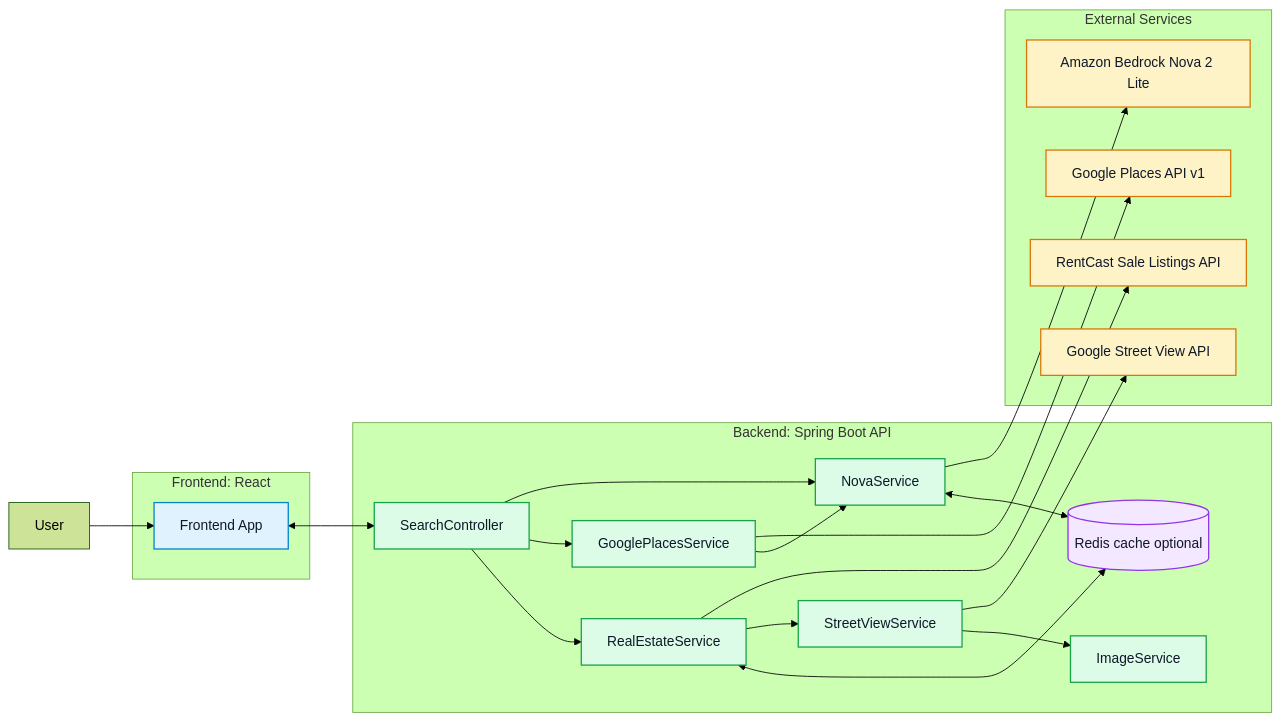
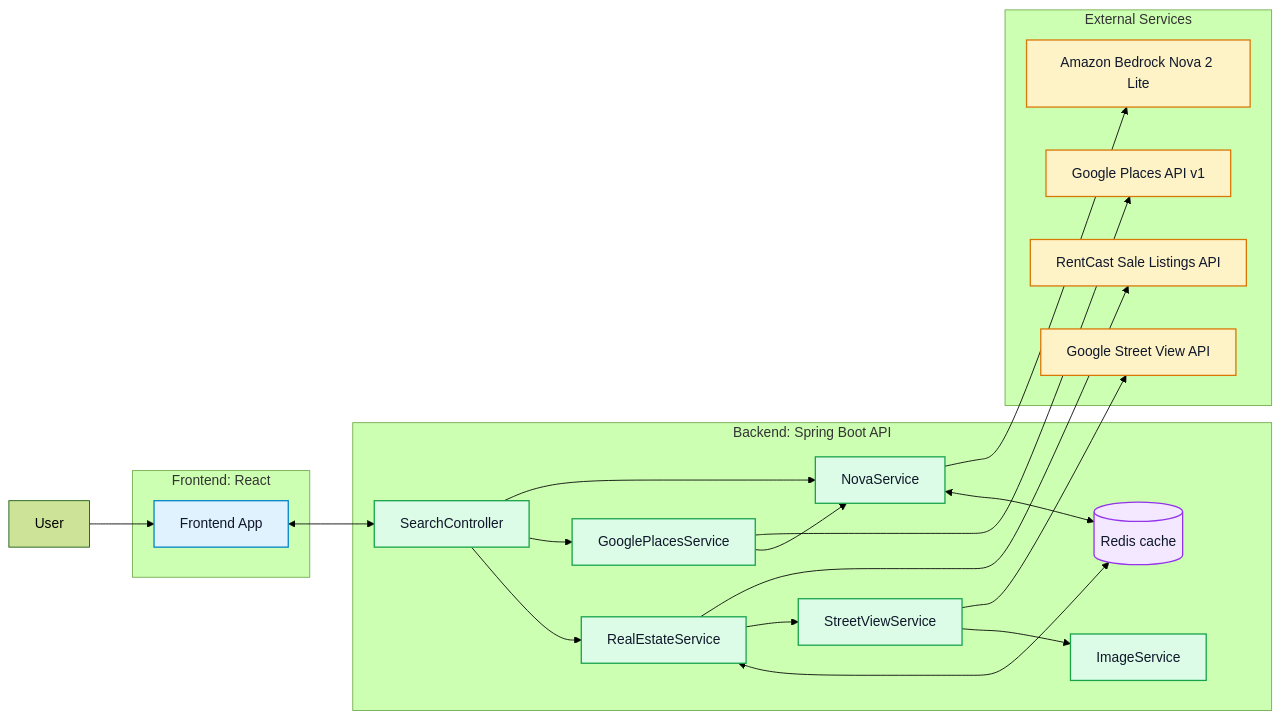
Before and after one commit to Summer-o00o/dog-park-homes-finder: the diagram in README.md, drawn with Mermaid (forest theme).

Commit message:
remove "optional" from diagram

````diff
--- a/README.md
+++ b/README.md
@@ -24,53 +24,53 @@
 ```mermaid
 flowchart LR
     U[User]
 
     subgraph FE[Frontend: React]
         UI[Frontend App]
     end
 
     subgraph BE[Backend: Spring Boot API]
         CTRL[SearchController]
         NOVA[NovaService]
         GPLACES[GooglePlacesService]
         RE[RealEstateService]
         STREET[StreetViewService]
         IMG[ImageService]
-        CACHE[(Redis cache optional)]
+        CACHE[(Redis cache)]
     end
 
     subgraph EXT[External Services]
         BEDROCK[Amazon Bedrock Nova 2 Lite]
         PLACES[Google Places API v1]
         SVIEW[Google Street View API]
         RCAST[RentCast Sale Listings API]
     end
 
     classDef frontend fill:#e0f2fe,stroke:#0284c7,color:#0f172a,stroke-width:1.5px;
     classDef backend fill:#dcfce7,stroke:#16a34a,color:#0f172a,stroke-width:1.5px;
     classDef external fill:#fef3c7,stroke:#d97706,color:#0f172a,stroke-width:1.5px;
     classDef cache fill:#f3e8ff,stroke:#9333ea,color:#0f172a,stroke-width:1.5px;
 
     U --> UI
     UI <--> CTRL
 
     CTRL --> NOVA
     NOVA --> BEDROCK
 
     CTRL --> GPLACES
     GPLACES --> PLACES
     GPLACES --> NOVA
     NOVA <--> CACHE
 
     CTRL --> RE
     RE --> RCAST
     RE --> STREET
     STREET --> SVIEW
     STREET --> IMG
     RE <--> CACHE
 
     class UI frontend
     class CTRL,NOVA,GPLACES,RE,STREET,IMG backend
     class BEDROCK,PLACES,SVIEW,RCAST external
     class CACHE cache
 ```
````
